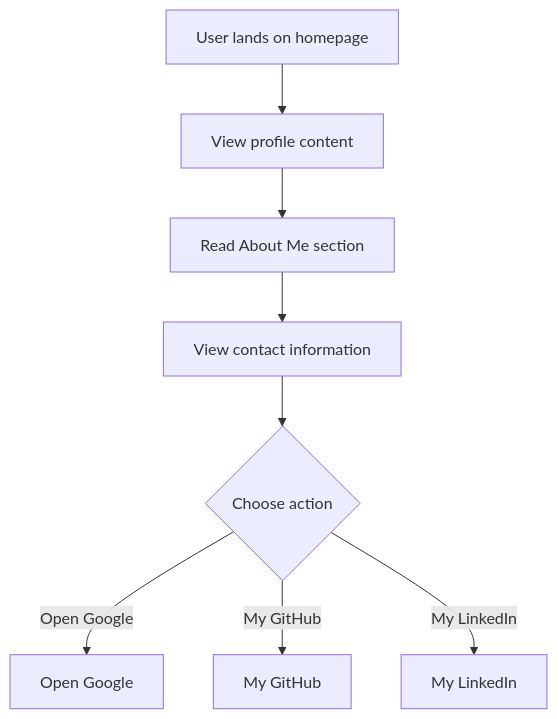
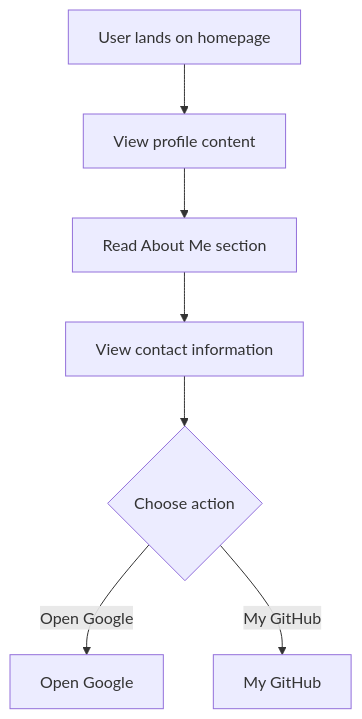
The diagram in docs/developer-guide.md (naseraljed-star/my_site), drawn with Mermaid before and after one commit. The commit also changed other lines of this file and 2 other files, not shown here.

````diff
--- a/docs/developer-guide.md
+++ b/docs/developer-guide.md
@@ -14,10 +14,9 @@
 ```mermaid
 flowchart TD
     A[User lands on homepage] --> B[View profile content]
     B --> C[Read About Me section]
     C --> D[View contact information]
     D --> E{Choose action}
     E -->|Open Google| OpenGoogle[Open Google]
     E -->|My GitHub| MyGitHub[My GitHub]
-    E -->|My LinkedIn| MyLinkedIn[My LinkedIn]
 ```
````
